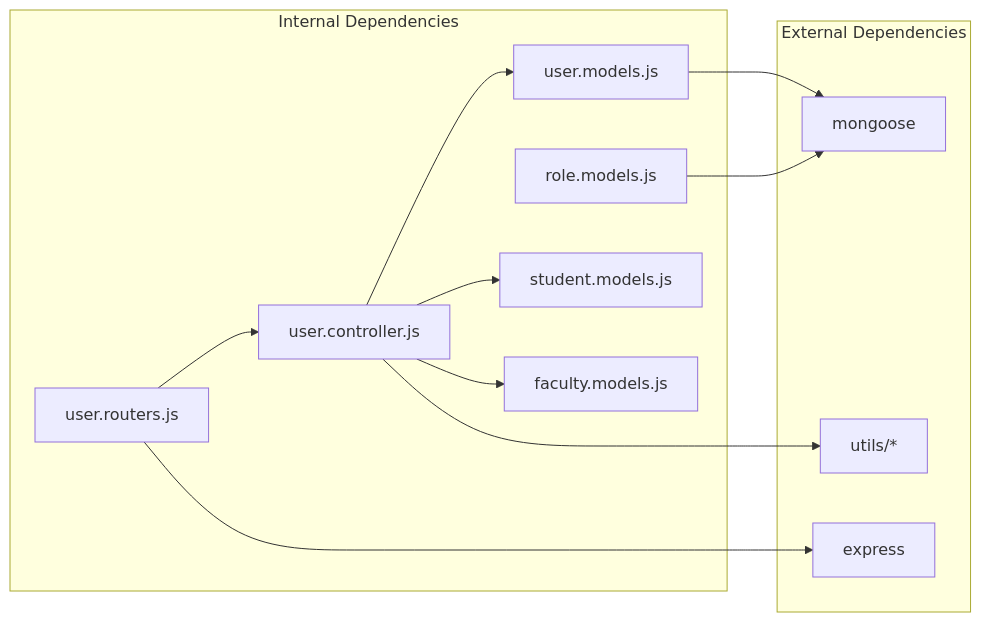
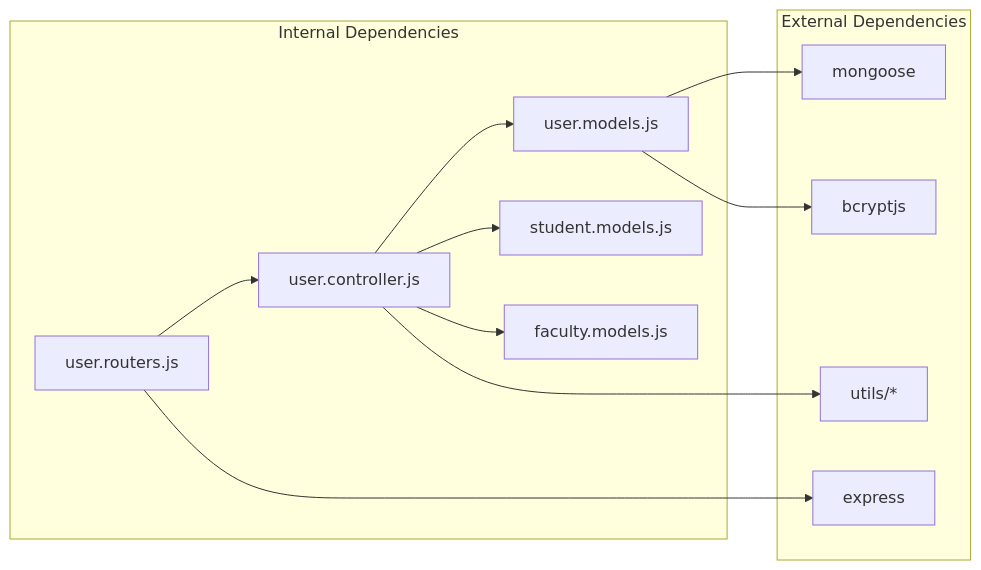
One commit to Aryan9060/Timetable-Project changed the ninth of 9 diagrams in .qoder/repowiki/en/content/Data Models & Database Schema/Core User Model.md. Above: the diagram before and after it, drawn with Mermaid. The commit also changed other lines of this file and 21 other files, not shown here.

````diff
--- a/.qoder/repowiki/en/content/Data Models & Database Schema/Core User Model.md
+++ b/.qoder/repowiki/en/content/Data Models & Database Schema/Core User Model.md
@@ -372,24 +389,24 @@
 ```mermaid
 graph LR
 subgraph "Internal Dependencies"
 UM["user.models.js"]
-RM["role.models.js"]
 UC["user.controller.js"]
 UR["user.routers.js"]
 SM["student.models.js"]
 FM["faculty.models.js"]
 end
 subgraph "External Dependencies"
 MONGOOSE["mongoose"]
 EXPRESS["express"]
+BCRYPT["bcryptjs"]
 UTILS["utils/*"]
 end
 UM --> MONGOOSE
-RM --> MONGOOSE
+UM --> BCRYPT
 UC --> UM
 UC --> SM
 UC --> FM
 UC --> UTILS
 UR --> UC
 UR --> EXPRESS
 ```
````
